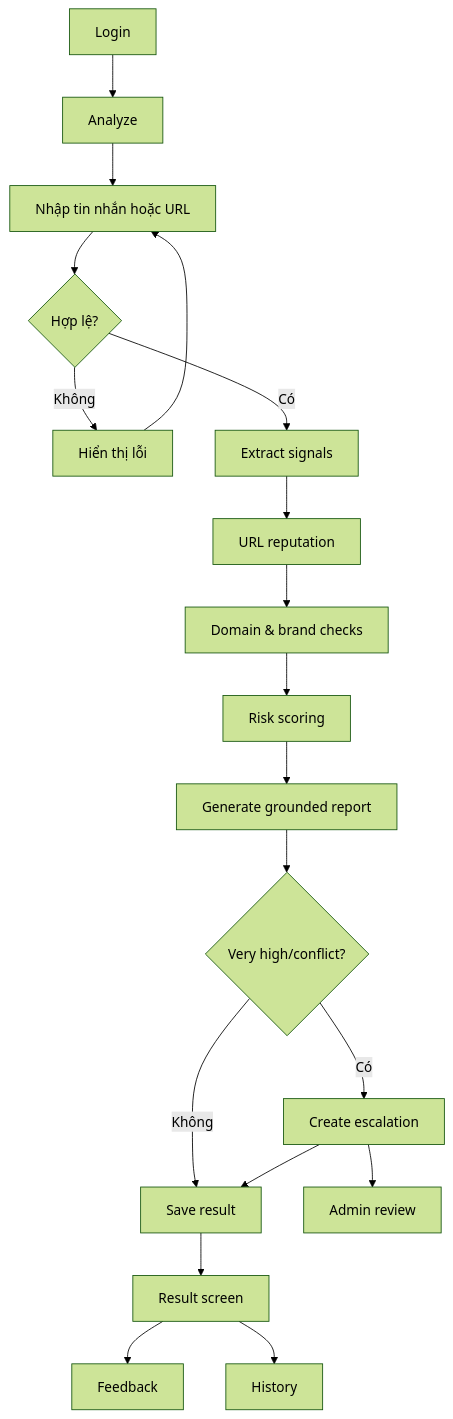
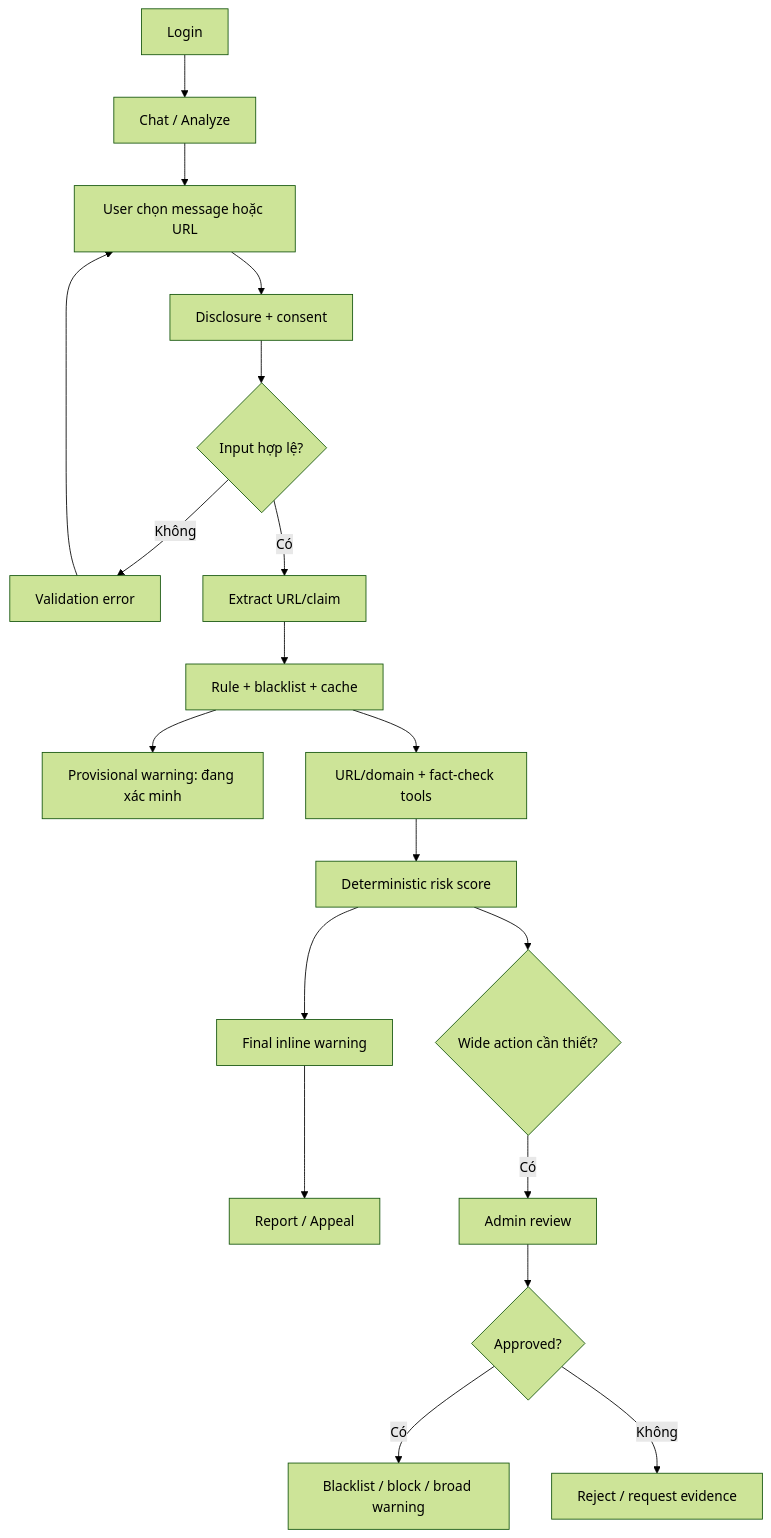
Before and after one commit to Binhdn04/TrustGuard-AI: the diagram in docs/gate1/UI_flow.md, drawn with Mermaid (forest theme). The commit also changed other lines of this file and 8 other files, not shown here.

````diff
--- a/docs/gate1/UI_flow.md
+++ b/docs/gate1/UI_flow.md
@@ -5,21 +5,21 @@
 ```mermaid
 flowchart TD
-    A[Login] --> B[Analyze]
-    B --> C[Nhập tin nhắn hoặc URL]
-    C --> D{Hợp lệ?}
-    D -->|Không| E[Hiển thị lỗi]
-    E --> C
-    D -->|Có| F[Extract signals]
-    F --> G[URL reputation]
-    G --> H[Domain & brand checks]
-    H --> I[Risk scoring]
-    I --> J[Generate grounded report]
-    J --> K{Very high/conflict?}
-    K -->|Có| L[Create escalation]
-    K -->|Không| M[Save result]
-    L --> M
-    M --> N[Result screen]
-    N --> O[Feedback]
-    N --> P[History]
-    L --> Q[Admin review]
+    A[Login] --> B[Chat / Analyze]
+    B --> C[User chọn message hoặc URL]
+    C --> D[Disclosure + consent]
+    D --> E{Input hợp lệ?}
+    E -->|Không| F[Validation error]
+    F --> C
+    E -->|Có| G[Extract URL/claim]
+    G --> H[Rule + blacklist + cache]
+    H --> I[Provisional warning: đang xác minh]
+    H --> J[URL/domain + fact-check tools]
+    J --> K[Deterministic risk score]
+    K --> L[Final inline warning]
+    L --> M[Report / Appeal]
+    K --> N{Wide action cần thiết?}
+    N -->|Có| O[Admin review]
+    O --> P{Approved?}
+    P -->|Có| Q[Blacklist / block / broad warning]
+    P -->|Không| R[Reject / request evidence]
 ```
````
